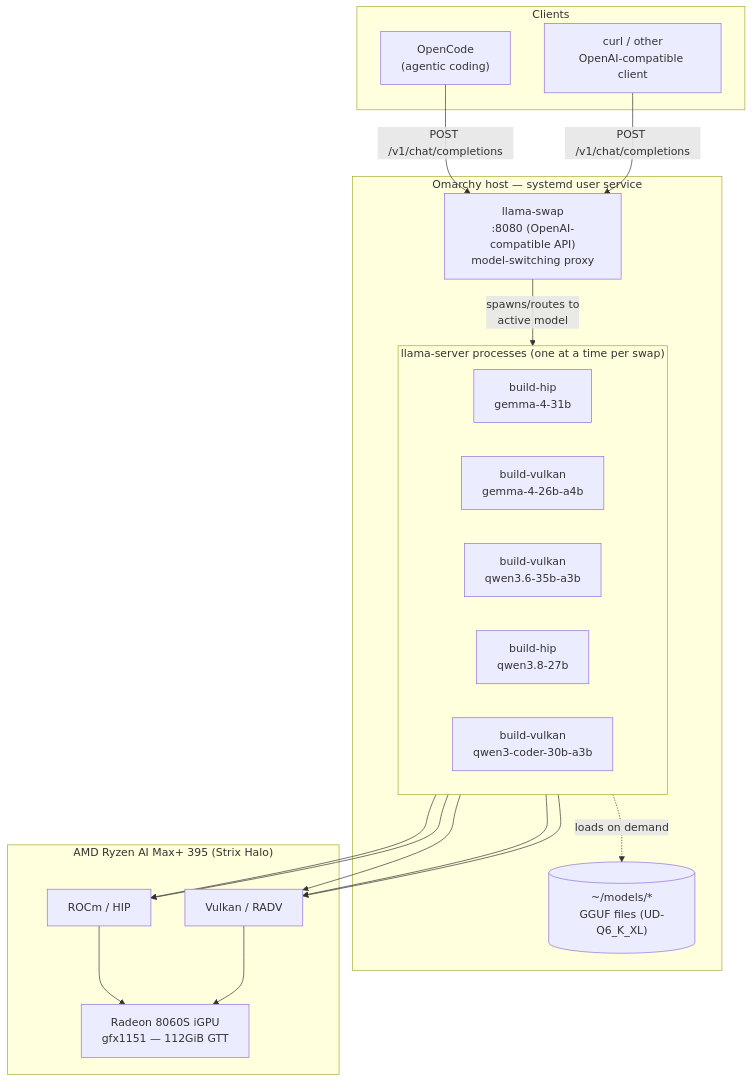
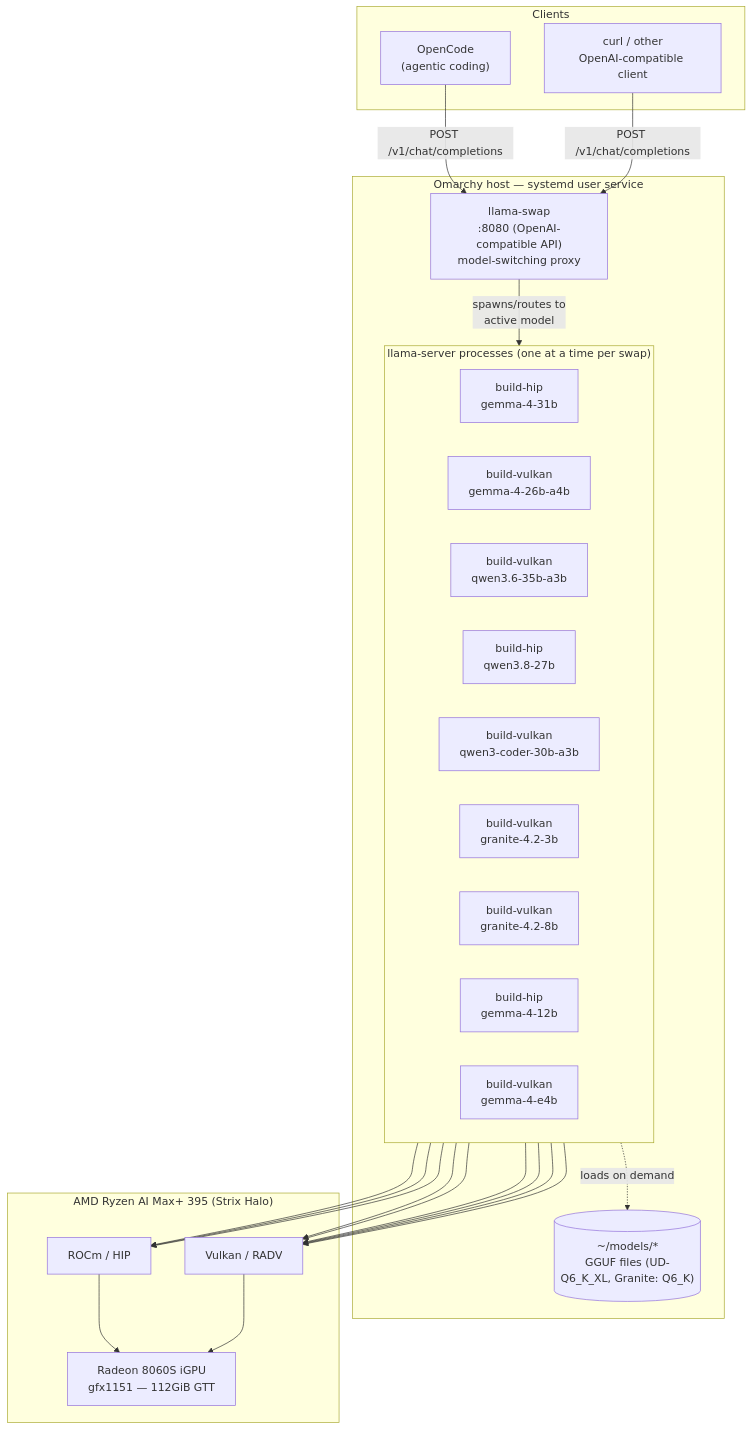
Before and after one commit to acraig78/acbt_strix_halo_local_llm: the diagram in PLAN.md, drawn with Mermaid. The commit also changed other lines of this file and 1 other file, not shown here.

First line of the commit message:
Document Granite 4.2 and Gemma 4 12B/E4B additions

````diff
--- a/PLAN.md
+++ b/PLAN.md
@@ -29,35 +38,39 @@
 ```mermaid
 flowchart TB
     subgraph client["Clients"]
         oc["OpenCode<br/>(agentic coding)"]
         curl["curl / other<br/>OpenAI-compatible client"]
     end
 
     subgraph host["Omarchy host — systemd user service"]
         ls["llama-swap<br/>:8080 (OpenAI-compatible API)<br/>model-switching proxy"]
 
         subgraph backends["llama-server processes (one at a time per swap)"]
             direction LR
             b1["build-hip<br/>gemma-4-31b"]
             b2["build-vulkan<br/>gemma-4-26b-a4b"]
             b3["build-vulkan<br/>qwen3.6-35b-a3b"]
             b4["build-hip<br/>qwen3.8-27b"]
             b5["build-vulkan<br/>qwen3-coder-30b-a3b"]
+            b6["build-vulkan<br/>granite-4.2-3b"]
+            b7["build-vulkan<br/>granite-4.2-8b"]
+            b8["build-hip<br/>gemma-4-12b"]
+            b9["build-vulkan<br/>gemma-4-e4b"]
         end
 
-        gguf[("~/models/*<br/>GGUF files (UD-Q6_K_XL)")]
+        gguf[("~/models/*<br/>GGUF files (UD-Q6_K_XL, Granite: Q6_K)")]
     end
 
     subgraph gpu["AMD Ryzen AI Max+ 395 (Strix Halo)"]
         vk["Vulkan / RADV"]
         hip["ROCm / HIP"]
         igpu["Radeon 8060S iGPU<br/>gfx1151 — 112GiB GTT"]
     end
 
     oc -->|"POST /v1/chat/completions"| ls
     curl -->|"POST /v1/chat/completions"| ls
     ls -->|"spawns/routes to<br/>active model"| backends
     backends -.->|"loads on demand"| gguf
-    b1 & b4 --> hip --> igpu
-    b2 & b3 & b5 --> vk --> igpu
+    b1 & b4 & b8 --> hip --> igpu
+    b2 & b3 & b5 & b6 & b7 & b9 --> vk --> igpu
 ```
````
